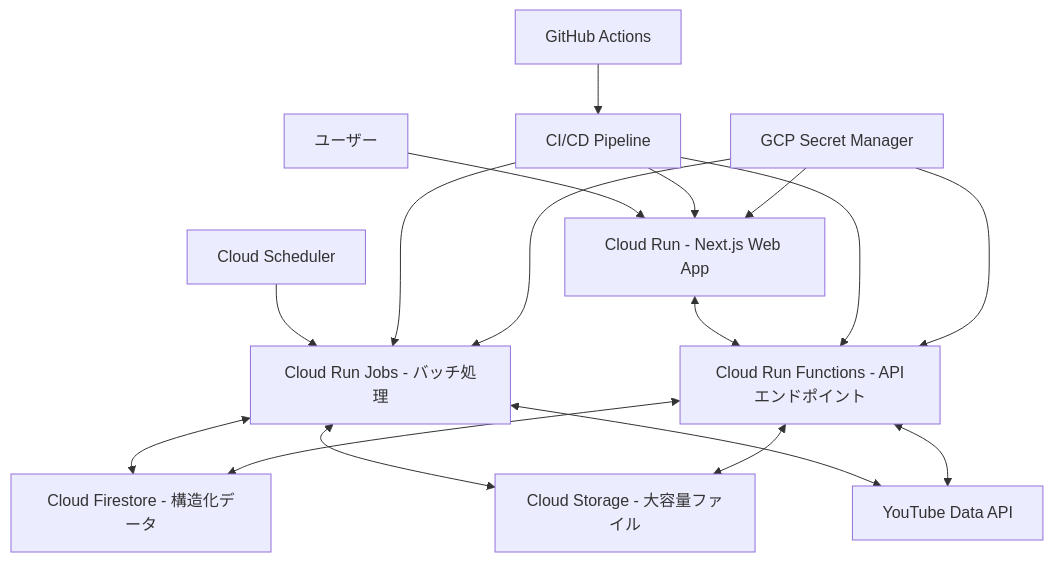
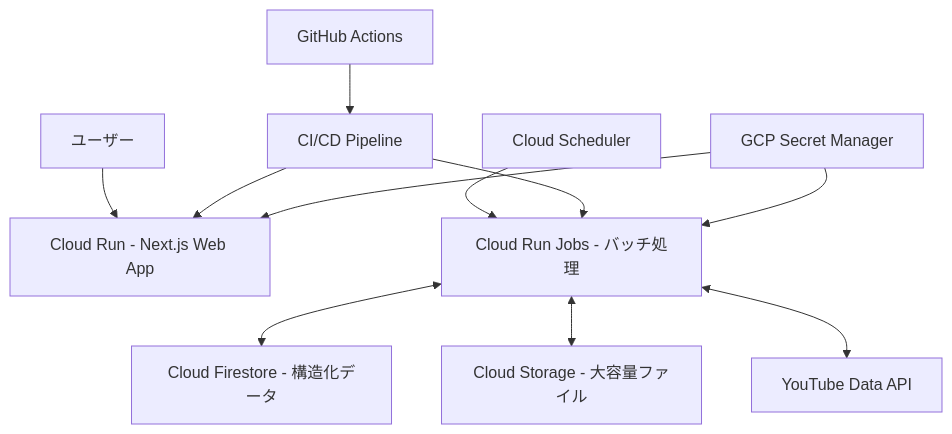
The diagram in docs/gcp/GCP_OVERVIEW.md (nothink-jp/suzumina.click), drawn with Mermaid before and after one commit. The commit also changed other lines of this file and 23 other files, not shown here.

````diff
--- a/docs/gcp/GCP_OVERVIEW.md
+++ b/docs/gcp/GCP_OVERVIEW.md
@@ -7,19 +7,13 @@
 ```mermaid
 flowchart TD
     A["ユーザー"] --> B["Cloud Run - Next.js Web App"]
-    B <--> C["Cloud Run Functions - APIエンドポイント"]
     D["Cloud Scheduler"] --> E["Cloud Run Jobs - バッチ処理"]
     E <--> F["Cloud Firestore - 構造化データ"]
-    C <--> F
     E <--> J["Cloud Storage - 大容量ファイル"]
-    C <--> J
     E <--> K["YouTube Data API"]
-    C <--> K
     G["GitHub Actions"] --> H["CI/CD Pipeline"]
     H --> B
-    H --> C
     H --> E
     I["GCP Secret Manager"] --> B
-    I --> C
     I --> E
 ```
````
